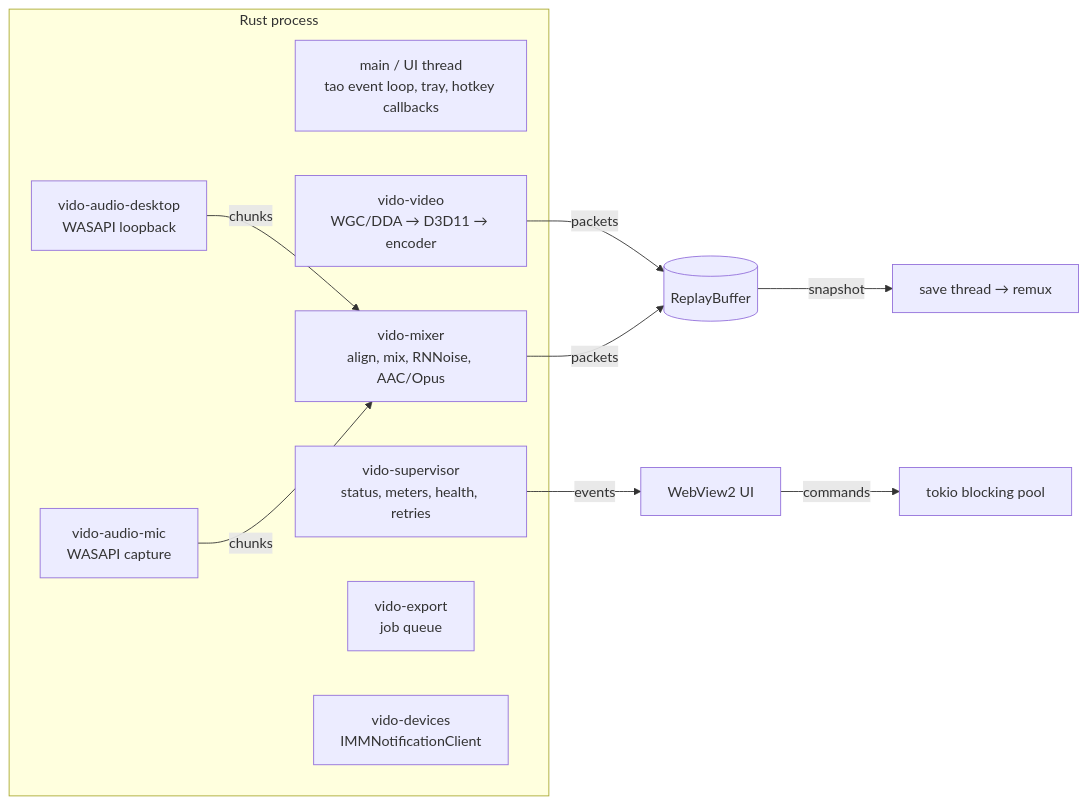
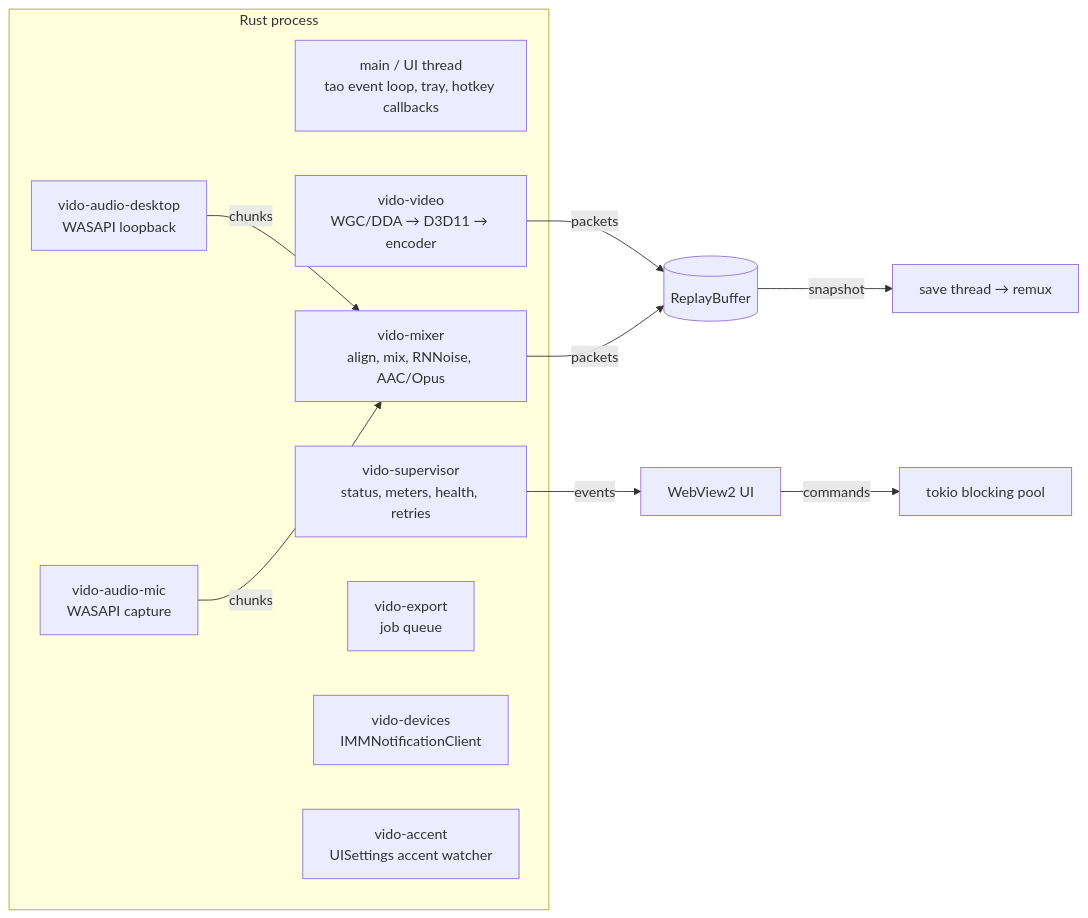
The diagram in docs/ARCHITECTURE.md (LegendNed/Vido), drawn with Mermaid before and after one commit. The commit also changed other lines of this file and 2 other files, not shown here.

````diff
--- a/docs/ARCHITECTURE.md
+++ b/docs/ARCHITECTURE.md
@@ -9,20 +9,21 @@
 ```mermaid
 flowchart LR
   subgraph Rust process
     main[main / UI thread<br/>tao event loop, tray, hotkey callbacks]
     sup[vido-supervisor<br/>status, meters, health, retries]
     vid[vido-video<br/>WGC/DDA → D3D11 → encoder]
     aud1[vido-audio-desktop<br/>WASAPI loopback]
     aud2[vido-audio-mic<br/>WASAPI capture]
     mix[vido-mixer<br/>align, mix, RNNoise, AAC/Opus]
     exp[vido-export<br/>job queue]
     dev[vido-devices<br/>IMMNotificationClient]
+    acc[vido-accent<br/>UISettings accent watcher]
   end
   vid -- packets --> buf[(ReplayBuffer)]
   aud1 -- chunks --> mix
   aud2 -- chunks --> mix
   mix -- packets --> buf
   buf -- snapshot --> save[save thread → remux]
   sup -- events --> web[WebView2 UI]
   web -- commands --> cmds[tokio blocking pool]
 ```
````
